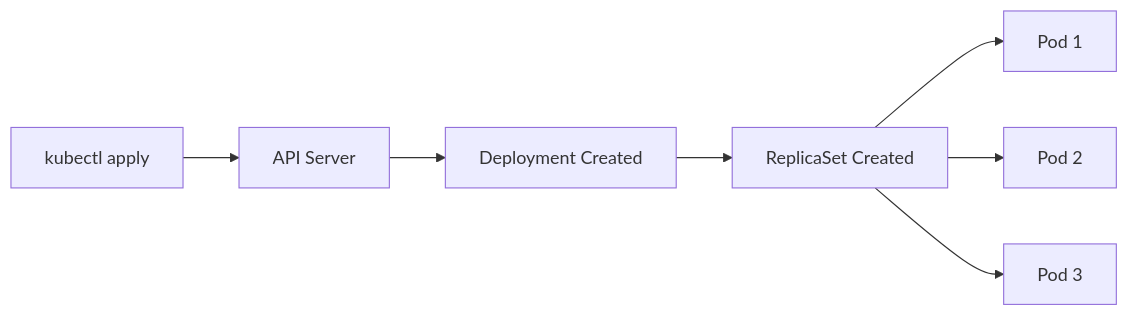
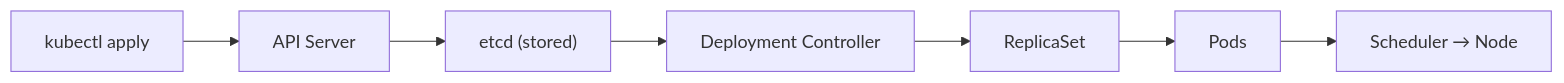
One commit to Antoine-Flo/kube-mastery changed the diagram in src/courses/modules/workloads/04-deployments-intro/02-creating-deployment/en/content.md. Above: the diagram before and after it, drawn with Mermaid. The commit also changed other lines of this file and 290 other files, not shown here.

````diff
--- a/src/courses/modules/workloads/04-deployments-intro/02-creating-deployment/en/content.md
+++ b/src/courses/modules/workloads/04-deployments-intro/02-creating-deployment/en/content.md
@@ -52,9 +9,9 @@
 ```mermaid
 flowchart LR
-    A[kubectl apply] --> B[API Server]
-    B --> C[Deployment Created]
-    C --> D[ReplicaSet Created]
-    D --> E[Pod 1]
-    D --> F[Pod 2]
-    D --> G[Pod 3]
+  A["kubectl apply"] --> B["API Server"]
+  B --> C["etcd (stored)"]
+  C --> D["Deployment Controller"]
+  D --> E["ReplicaSet"]
+  E --> F["Pods"]
+  F --> G["Scheduler → Node"]
 ```
````
